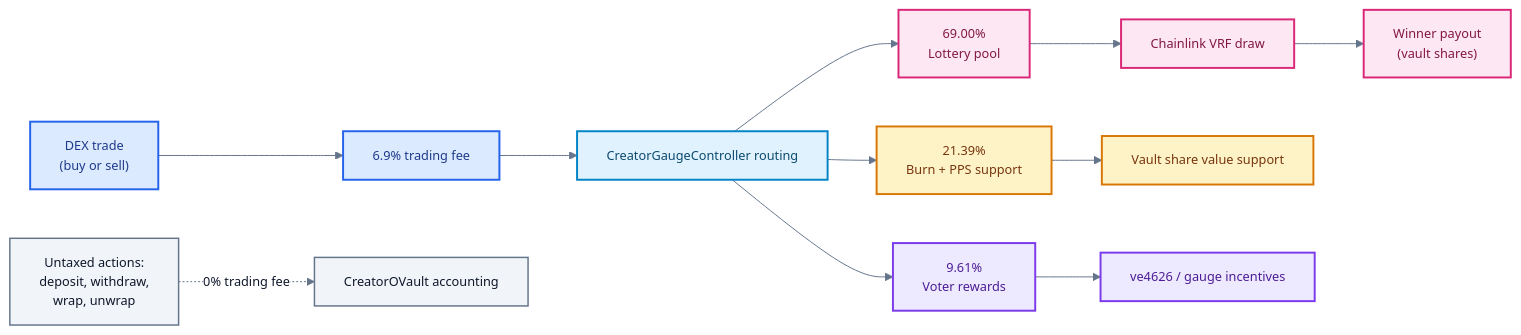
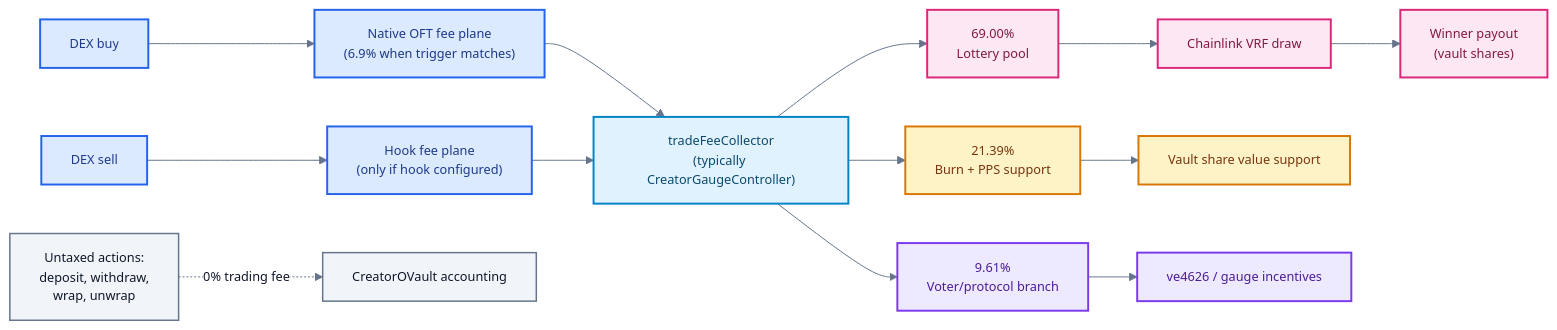
One commit to 4626fun/4626 changed the third of 4 diagrams in README.md. Above: the diagram before and after it, drawn with Mermaid. The commit also changed other lines of this file and 41 other files, not shown here.

````diff
--- a/README.md
+++ b/README.md
@@ -151,30 +154,32 @@
 ```mermaid
 %%{init: {"theme":"base","themeVariables":{"fontFamily":"Inter, ui-sans-serif, system-ui","fontSize":"13px","lineColor":"#64748B","primaryColor":"#FFFFFF","primaryTextColor":"#0F172A"}}}%%
 flowchart LR
-  Trade["DEX trade\n(buy or sell)"] --> Fee["6.9% trading fee"]
-  Fee --> Gauge["CreatorGaugeController routing"]
+  BuyTrade["DEX buy"] --> NativeFee["Native OFT fee plane\n(6.9% when trigger matches)"]
+  SellTrade["DEX sell"] --> HookFee["Hook fee plane\n(only if hook configured)"]
+  NativeFee --> Gauge["tradeFeeCollector\n(typically CreatorGaugeController)"]
+  HookFee --> Gauge
 
   Gauge --> Lottery["69.00%\nLottery pool"]
   Gauge --> Burn["21.39%\nBurn + PPS support"]
-  Gauge --> Rewards["9.61%\nVoter rewards"]
+  Gauge --> Rewards["9.61%\nVoter/protocol branch"]
 
   Lottery --> VRF["Chainlink VRF draw"]
   VRF --> Payout["Winner payout\n(vault shares)"]
   Burn --> PPS["Vault share value support"]
   Rewards --> Gov["ve4626 / gauge incentives"]
 
   Untaxed["Untaxed actions:\ndeposit, withdraw,\nwrap, unwrap"] -. "0% trading fee" .-> Vault["CreatorOVault accounting"]
 
   classDef source fill:#DBEAFE,stroke:#2563EB,stroke-width:2px,color:#1E3A8A;
   classDef router fill:#E0F2FE,stroke:#0284C7,stroke-width:2px,color:#0C4A6E;
   classDef lottery fill:#FCE7F3,stroke:#DB2777,stroke-width:2px,color:#831843;
   classDef burn fill:#FEF3C7,stroke:#D97706,stroke-width:2px,color:#78350F;
   classDef governance fill:#EDE9FE,stroke:#7C3AED,stroke-width:2px,color:#4C1D95;
   classDef neutral fill:#F1F5F9,stroke:#64748B,stroke-width:1.5px,color:#0F172A;
-  class Trade,Fee source;
+  class BuyTrade,SellTrade,NativeFee,HookFee source;
   class Gauge router;
   class Lottery,VRF,Payout lottery;
   class Burn,PPS burn;
   class Rewards,Gov governance;
   class Untaxed,Vault neutral;
 ```
````
